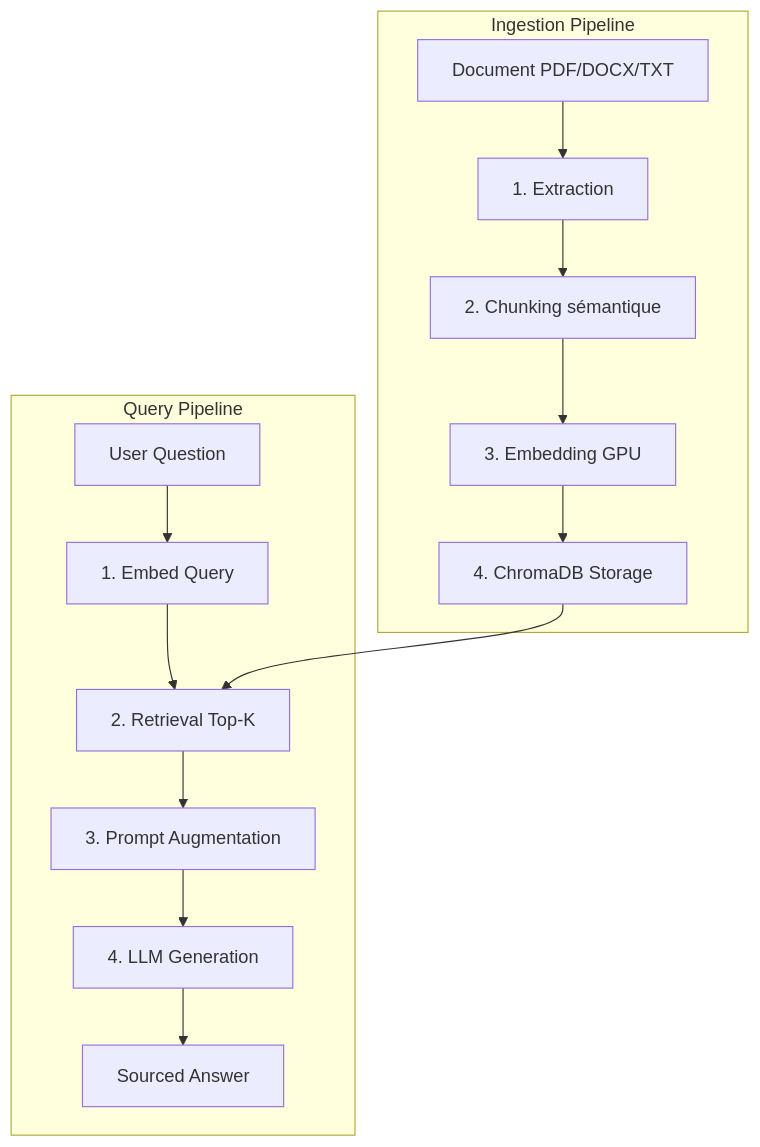
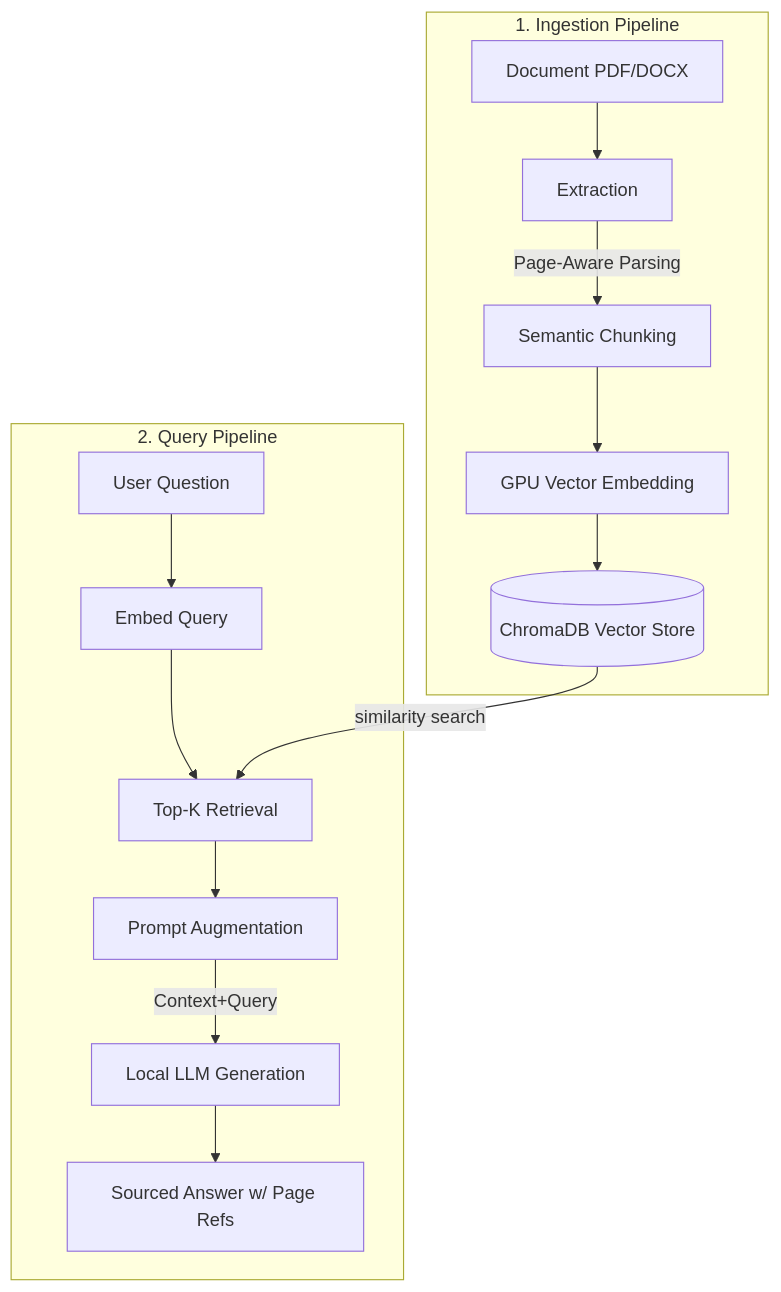
The diagram in README.md (guissii/TraceRAG), drawn with Mermaid before and after one commit. The commit also changed other lines of this file and 3 other files, not shown here.

````diff
--- a/README.md
+++ b/README.md
@@ -28,18 +57,18 @@
 ```mermaid
 graph TD
-    subgraph Ingestion Pipeline
-        A[Document PDF/DOCX/TXT] --> B[1. Extraction]
-        B --> C[2. Chunking sémantique]
-        C --> D[3. Embedding GPU]
-        D --> E[4. ChromaDB Storage]
+    subgraph Ingestion Pipeline [1. Ingestion Pipeline]
+        A[Document PDF/DOCX] --> B[Extraction]
+        B -->|Page-Aware Parsing| C[Semantic Chunking]
+        C --> D[GPU Vector Embedding]
+        D --> E[(ChromaDB Vector Store)]
     end
 
-    subgraph Query Pipeline
-        F[User Question] --> G[1. Embed Query]
-        G --> H[2. Retrieval Top-K]
-        E --> H
-        H --> I[3. Prompt Augmentation]
-        I --> J[4. LLM Generation]
-        J --> K[Sourced Answer]
+    subgraph Query Pipeline [2. Query Pipeline]
+        F[User Question] --> G[Embed Query]
+        G --> H[Top-K Retrieval]
+        E -->|similarity search| H
+        H --> I[Prompt Augmentation]
+        I -->|Context+Query| J[Local LLM Generation]
+        J --> K[Sourced Answer w/ Page Refs]
     end
 ```
````
